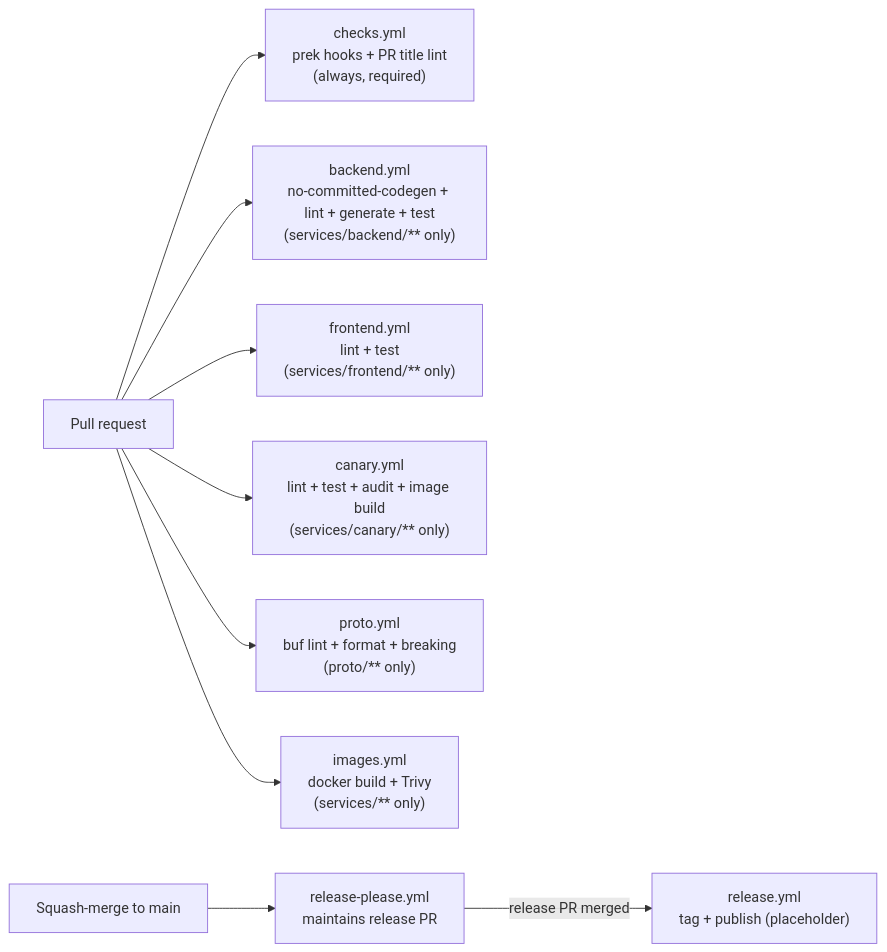
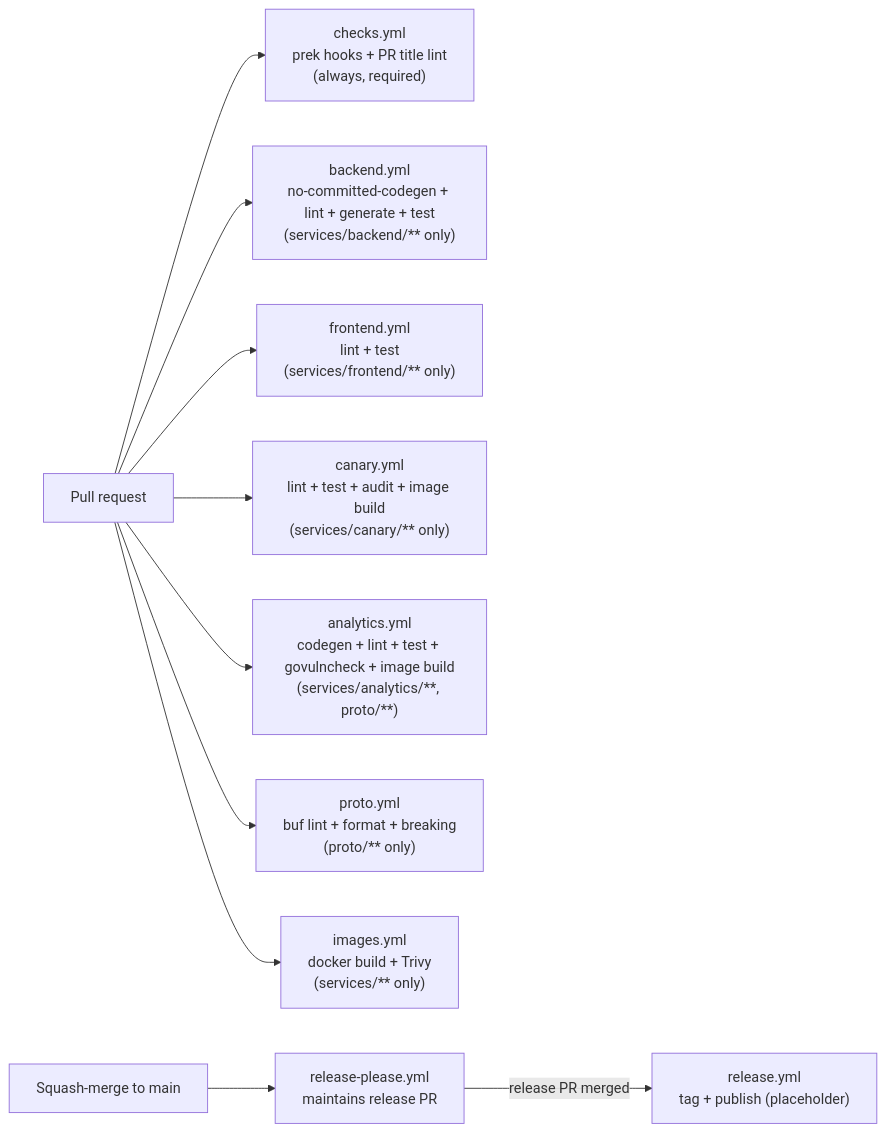
The diagram in docs/ci.md (vovinacci/devops-demo), drawn with Mermaid before and after one commit. The commit also changed other lines of this file and 30 other files, not shown here.

````diff
--- a/docs/ci.md
+++ b/docs/ci.md
@@ -12,11 +12,12 @@
 ```mermaid
 flowchart LR
     pr[Pull request] --> checks["checks.yml<br/>prek hooks + PR title lint<br/>(always, required)"]
     pr --> be["backend.yml<br/>no-committed-codegen + lint + generate + test<br/>(services/backend/** only)"]
     pr --> fe["frontend.yml<br/>lint + test<br/>(services/frontend/** only)"]
     pr --> ca["canary.yml<br/>lint + test + audit + image build<br/>(services/canary/** only)"]
+    pr --> an["analytics.yml<br/>codegen + lint + test + govulncheck + image build<br/>(services/analytics/**, proto/**)"]
     pr --> proto["proto.yml<br/>buf lint + format + breaking<br/>(proto/** only)"]
     pr --> img["images.yml<br/>docker build + Trivy<br/>(services/** only)"]
     merge[Squash-merge to main] --> rp["release-please.yml<br/>maintains release PR"]
     rp -->|release PR merged| rel["release.yml<br/>tag + publish (placeholder)"]
 ```
````
